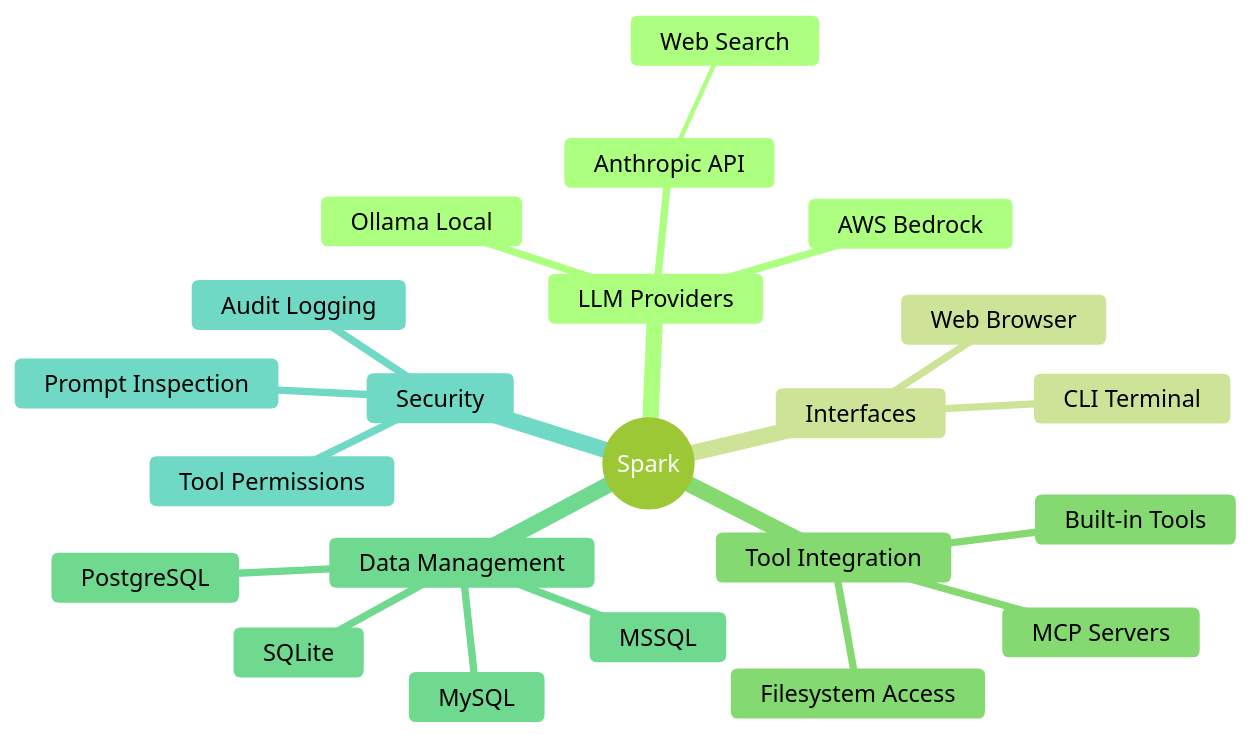
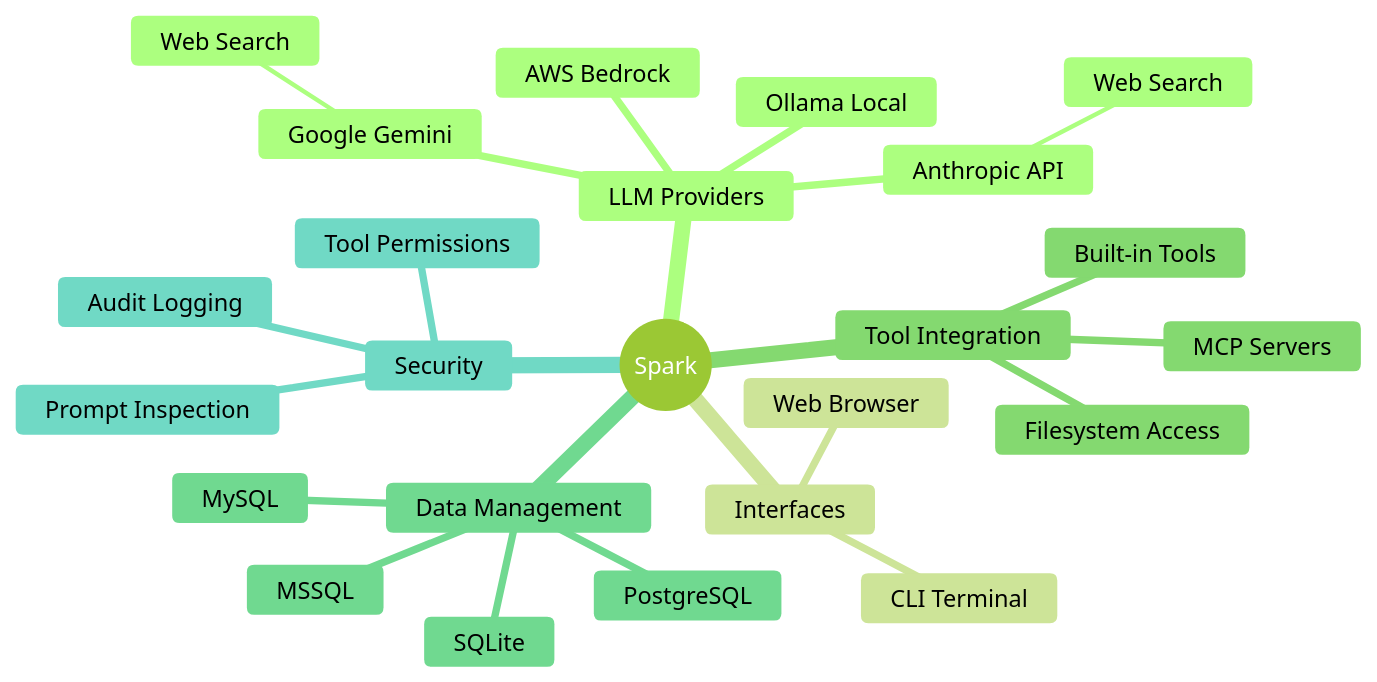
The first of 3 diagrams in docs/index.md (Digital-Thought/dtSpark), drawn with Mermaid (forest theme) before and after one commit. The commit also changed other lines of this file and 17 other files, not shown here.

First line of the commit message:
Add Google Gemini LLM provider with web search grounding

````diff
--- a/docs/index.md
+++ b/docs/index.md
@@ -15,25 +16,27 @@
 ```mermaid
 mindmap
   root((Spark))
     LLM Providers
       AWS Bedrock
       Anthropic API
+        Web Search
+      Google Gemini
         Web Search
       Ollama Local
     Interfaces
       CLI Terminal
       Web Browser
     Tool Integration
       MCP Servers
       Built-in Tools
       Filesystem Access
     Data Management
       SQLite
       MySQL
       PostgreSQL
       MSSQL
     Security
       Prompt Inspection
       Tool Permissions
       Audit Logging
 ```
````
